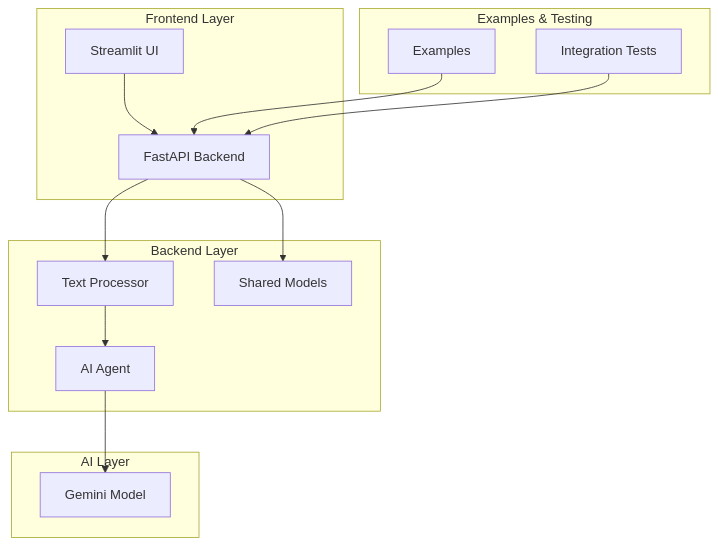
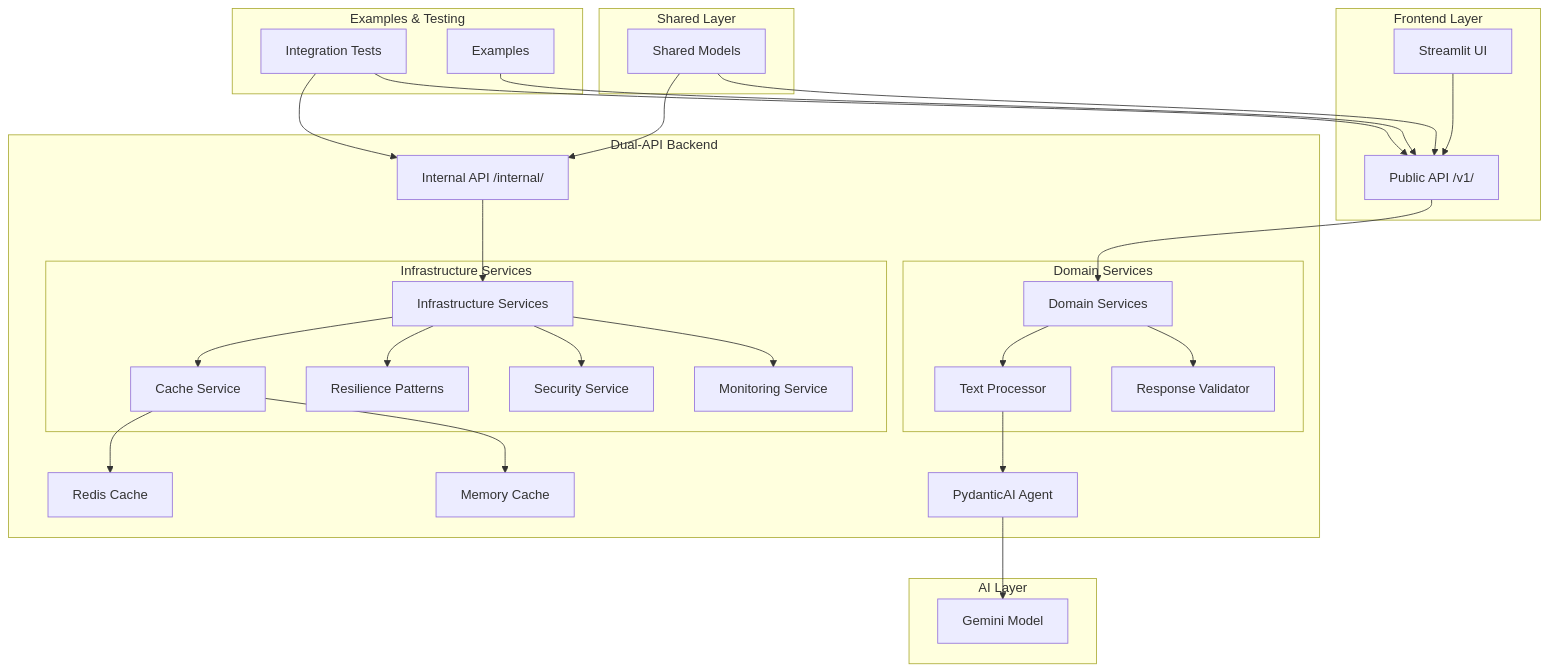
One commit to matthannigan/fastapi-streamlit-llm-starter changed the diagram in docs-website/docs/getting-started/INTEGRATION_GUIDE.md. Above: the diagram before and after it, drawn with Mermaid. The commit also changed other lines of this file and 3 other files, not shown here.

````diff
--- a/docs-website/docs/getting-started/INTEGRATION_GUIDE.md
+++ b/docs-website/docs/getting-started/INTEGRATION_GUIDE.md
@@ -68,22 +70,43 @@
 ```mermaid
 graph TB
     subgraph "Frontend Layer"
         ST[Streamlit UI]
-        ST --> API[FastAPI Backend]
+        ST --> PUB[Public API /v1/]
     end
     
-    subgraph "Backend Layer"
-        API --> TP[Text Processor]
-        API --> SM[Shared Models]
-        TP --> AI[AI Agent]
+    subgraph "Dual-API Backend"
+        PUB[Public API /v1/] --> DS[Domain Services]
+        INT[Internal API /internal/] --> IS[Infrastructure Services]
+        
+        subgraph "Infrastructure Services"
+            IS --> CACHE[Cache Service]
+            IS --> RES[Resilience Patterns]
+            IS --> SEC[Security Service]
+            IS --> MON[Monitoring Service]
+        end
+        
+        subgraph "Domain Services"
+            DS --> TP[Text Processor]
+            DS --> RV[Response Validator]
+        end
+        
+        CACHE --> REDIS[Redis Cache]
+        CACHE --> MEM[Memory Cache]
+        TP --> AI[PydanticAI Agent]
     end
     
     subgraph "AI Layer"
         AI --> GM[Gemini Model]
     end
     
+    subgraph "Shared Layer"
+        SM[Shared Models] --> PUB
+        SM --> INT
+    end
+    
     subgraph "Examples & Testing"
-        EX[Examples] --> API
-        IT[Integration Tests] --> API
+        EX[Examples] --> PUB
+        IT[Integration Tests] --> PUB
+        IT --> INT
     end
 ```
````
